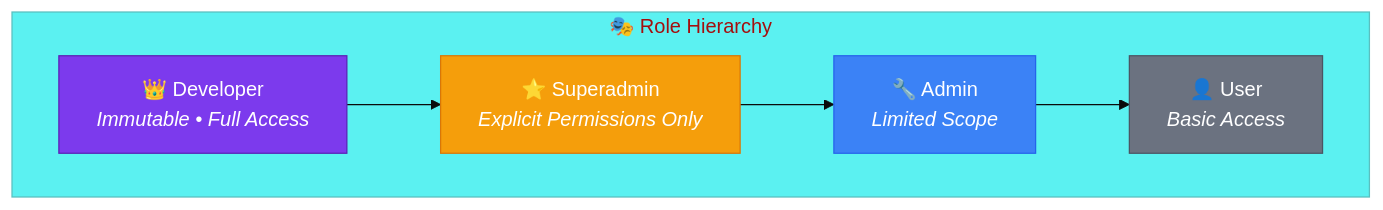
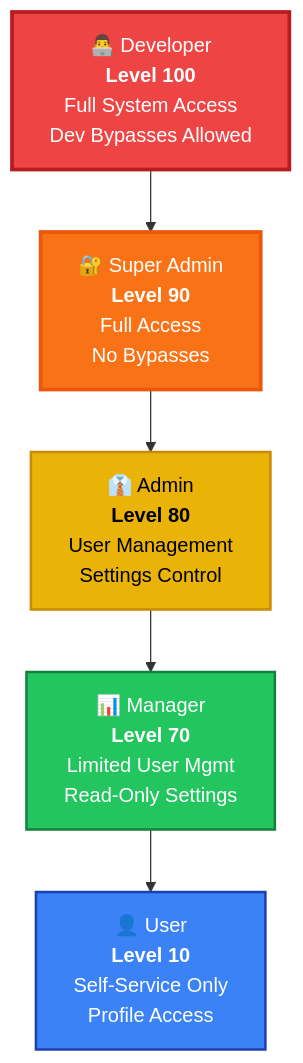
The third of 8 diagrams in README.md (Halfirzzha/A-Good-Start-to-the-Program), drawn with Mermaid before and after one commit. The commit also changed other lines of this file and 125 other files, not shown here.

````diff
--- a/README.md
+++ b/README.md
@@ -288,19 +558,13 @@
 ```mermaid
-%%{init: {'theme': 'base', 'themeVariables': { 'primaryColor': '#EF4444'}}}%%
 graph TD
-    subgraph Roles["🎭 Role Hierarchy"]
-        DEV["👑 Developer<br/><i>Immutable • Full Access</i>"]
-        SUPER["⭐ Superadmin<br/><i>Explicit Permissions Only</i>"]
-        ADMIN["🔧 Admin<br/><i>Limited Scope</i>"]
-        USER["👤 User<br/><i>Basic Access</i>"]
-    end
+    DEV[👨‍💻 Developer<br/><b>Level 100</b><br/>Full System Access<br/>Dev Bypasses Allowed] --> SUPER[🔐 Super Admin<br/><b>Level 90</b><br/>Full Access<br/>No Bypasses]
+    SUPER --> ADMIN[👔 Admin<br/><b>Level 80</b><br/>User Management<br/>Settings Control]
+    ADMIN --> MANAGER[📊 Manager<br/><b>Level 70</b><br/>Limited User Mgmt<br/>Read-Only Settings]
+    MANAGER --> USER[👤 User<br/><b>Level 10</b><br/>Self-Service Only<br/>Profile Access]
 
-    DEV --> SUPER
-    SUPER --> ADMIN
-    ADMIN --> USER
-
-    style DEV fill:#7C3AED,stroke:#5B21B6,color:#fff
-    style SUPER fill:#F59E0B,stroke:#D97706,color:#fff
-    style ADMIN fill:#3B82F6,stroke:#2563EB,color:#fff
-    style USER fill:#6B7280,stroke:#4B5563,color:#fff
+    style DEV fill:#ef4444,stroke:#b91c1c,color:#fff,stroke-width:3px
+    style SUPER fill:#f97316,stroke:#ea580c,color:#fff,stroke-width:3px
+    style ADMIN fill:#eab308,stroke:#ca8a04,color:#000,stroke-width:2px
+    style MANAGER fill:#22c55e,stroke:#15803d,color:#fff,stroke-width:2px
+    style USER fill:#3b82f6,stroke:#1e40af,color:#fff,stroke-width:2px
 ```
````
